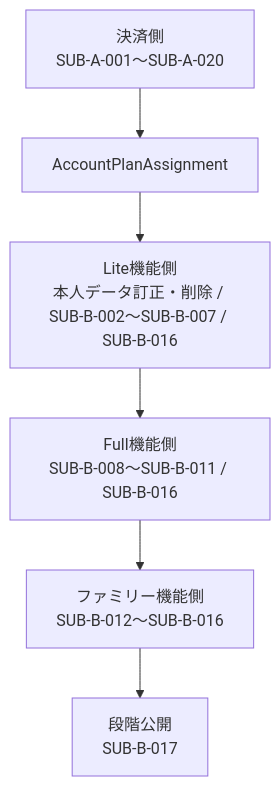
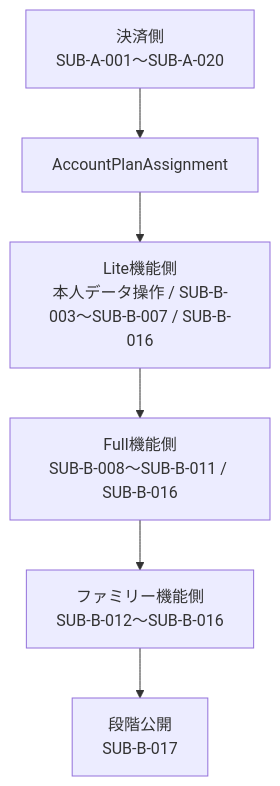
The third of 3 diagrams in docs/development/subscription-remaining-tasks.md (kkyosuke/me-builder), drawn with Mermaid before and after one commit. The commit also changed other lines of this file and 34 other files, not shown here.

````diff
--- a/docs/development/subscription-remaining-tasks.md
+++ b/docs/development/subscription-remaining-tasks.md
@@ -99,8 +99,8 @@
 ```mermaid
 flowchart TD
     A[決済側<br/>SUB-A-001〜SUB-A-020] --> I[AccountPlanAssignment]
-    I --> L[Lite機能側<br/>本人データ訂正・削除 / SUB-B-002〜SUB-B-007 / SUB-B-016]
+    I --> L[Lite機能側<br/>本人データ操作 / SUB-B-003〜SUB-B-007 / SUB-B-016]
     L --> U[Full機能側<br/>SUB-B-008〜SUB-B-011 / SUB-B-016]
     U --> F[ファミリー機能側<br/>SUB-B-012〜SUB-B-016]
     F --> R[段階公開<br/>SUB-B-017]
 ```
````
